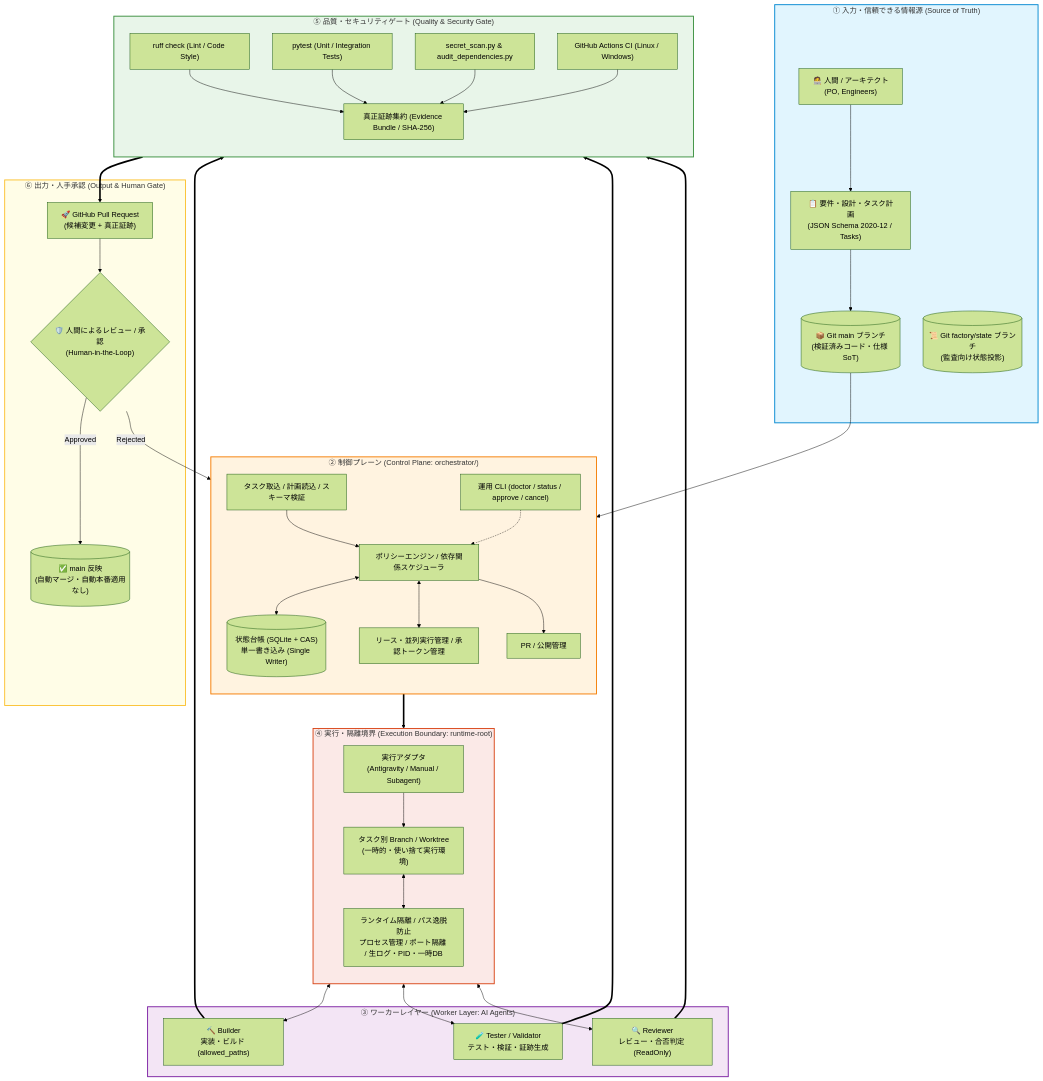
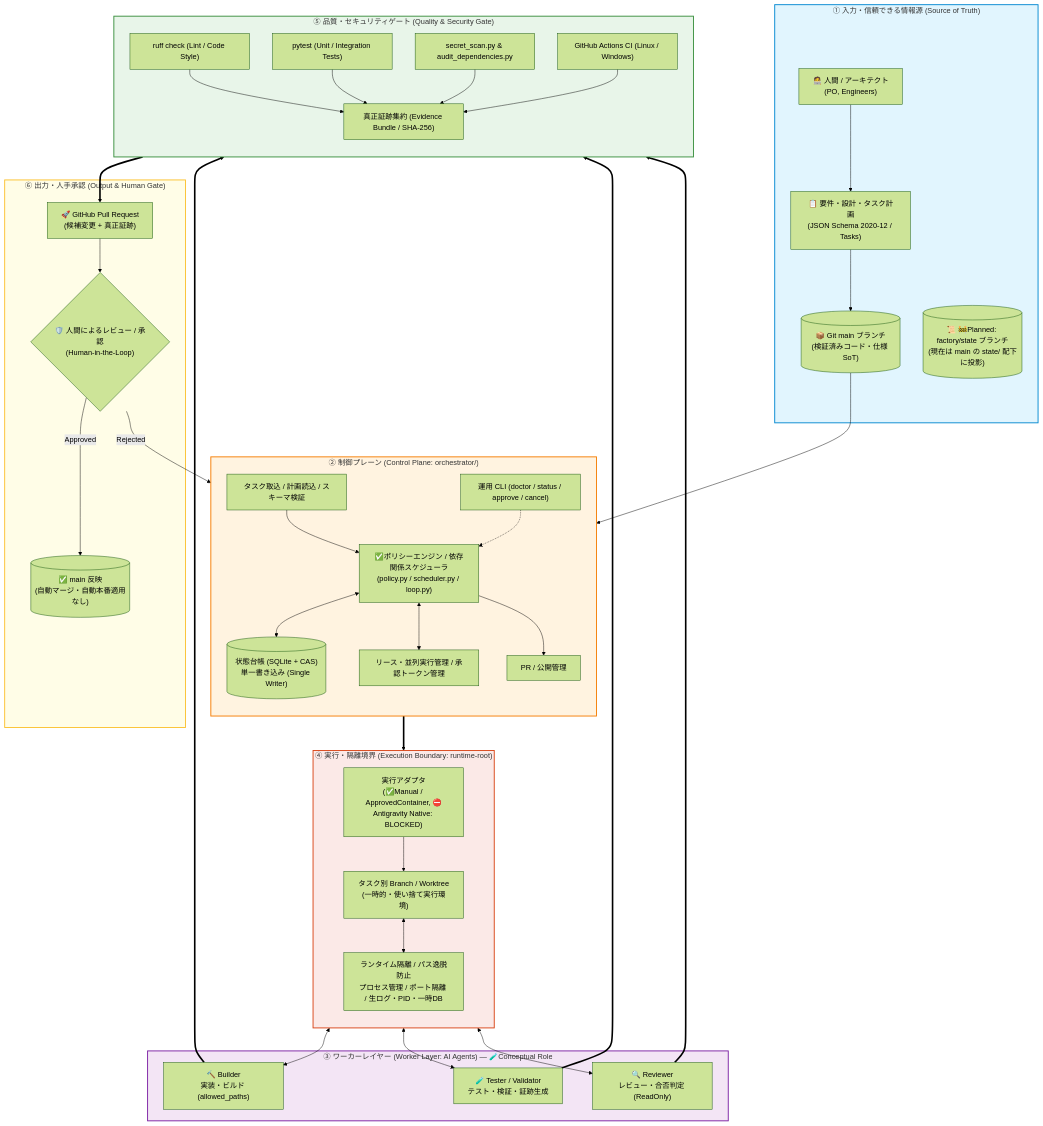
The first of 3 diagrams in ARCHITECTURE.md (moruku36/ai-engineering-factory), drawn with Mermaid (forest theme) before and after one commit. The commit also changed other lines of this file and 21 other files, not shown here.

First line of the commit message:
docs: sync README/OPERATIONS/PROJECT_STATE/ARCHITECTURE with current implementation (#20)

````diff
--- a/ARCHITECTURE.md
+++ b/ARCHITECTURE.md
@@ -15,78 +32,78 @@
 ```mermaid
 flowchart TB
     subgraph Layer1["① 入力・信頼できる情報源 (Source of Truth)"]
         Human["🧑‍💻 人間 / アーキテクト\n(PO, Engineers)"]
         Spec["📋 要件・設計・タスク計画\n(JSON Schema 2020-12 / Tasks)"]
         MainRepo[("📦 Git main ブランチ\n(検証済みコード・仕様 SoT)")]
-        StateRepo[("📜 Git factory/state ブランチ\n(監査向け状態投影)")]
+        StateRepo[("📜 🚧Planned: factory/state ブランチ\n(現在は main の state/ 配下に投影)")]
         Human --> Spec --> MainRepo
     end
 
     subgraph Layer2["② 制御プレーン (Control Plane: orchestrator/)"]
         direction TB
         Ingest["タスク取込 / 計画読込 / スキーマ検証"]
-        Engine["ポリシーエンジン / 依存関係スケジューラ"]
+        Engine["✅ポリシーエンジン / 依存関係スケジューラ\n(policy.py / scheduler.py / loop.py)"]
         Lease["リース・並列実行管理 / 承認トークン管理"]
         Ledger[("状態台帳 (SQLite + CAS)\n単一書き込み (Single Writer)")]
         PRMgr["PR / 公開管理"]
         CLI["運用 CLI (doctor / status / approve / cancel)"]
         
         Ingest --> Engine <--> Ledger
         Engine <--> Lease
         Engine --> PRMgr
         CLI -.-> Engine
     end
 
     subgraph Layer4["④ 実行・隔離境界 (Execution Boundary: runtime-root)"]
         direction TB
         Worktree["タスク別 Branch / Worktree\n(一時的・使い捨て実行環境)"]
-        Adapters["実行アダプタ\n(Antigravity / Manual / Subagent)"]
+        Adapters["実行アダプタ\n(✅Manual / ApprovedContainer, ⛔Antigravity Native: BLOCKED)"]
         Isolation["ランタイム隔離 / パス逸脱防止\nプロセス管理 / ポート隔離 / 生ログ・PID・一時DB"]
         Adapters --> Worktree <--> Isolation
     end
 
-    subgraph Layer3["③ ワーカーレイヤー (Worker Layer: AI Agents)"]
+    subgraph Layer3["③ ワーカーレイヤー (Worker Layer: AI Agents) — 🧪Conceptual Role"]
         Builder["🔨 Builder\n実装・ビルド (allowed_paths)"]
         Tester["🧪 Tester / Validator\nテスト・検証・証跡生成"]
         Reviewer["🔍 Reviewer\nレビュー・合否判定 (ReadOnly)"]
     end
 
     subgraph Layer5["⑤ 品質・セキュリティゲート (Quality & Security Gate)"]
         direction TB
         Ruff["ruff check (Lint / Code Style)"]
         Pytest["pytest (Unit / Integration Tests)"]
         Sec["secret_scan.py & audit_dependencies.py"]
         CI["GitHub Actions CI (Linux / Windows)"]
         EvidenceGen["真正証跡集約 (Evidence Bundle / SHA-256)"]
         Ruff & Pytest & Sec & CI --> EvidenceGen
     end
 
     subgraph Layer6["⑥ 出力・人手承認 (Output & Human Gate)"]
         PR["🚀 GitHub Pull Request\n(候補変更 + 真正証跡)"]
         HumanGate{"🛡️ 人間によるレビュー / 承認\n(Human-in-the-Loop)"}
         MergedMain[("✅ main 反映\n(自動マージ・自動本番適用なし)")]
         PR --> HumanGate
         HumanGate -- "Approved" --> MergedMain
         HumanGate -- "Rejected" --> Ingest
     end
 
     MainRepo --> Ingest
     Engine ==> Adapters
     Worktree <--> Builder & Tester & Reviewer
     Builder & Tester & Reviewer ==> Layer5
     EvidenceGen ==> PR
 
     classDef sot fill:#e1f5fe,stroke:#0288d1,stroke-width:2px;
     classDef cp fill:#fff3e0,stroke:#f57c00,stroke-width:2px;
     classDef worker fill:#f3e5f5,stroke:#7b1fa2,stroke-width:2px;
     classDef boundary fill:#fbe9e7,stroke:#d84315,stroke-width:2px;
     classDef gate fill:#e8f5e9,stroke:#388e3c,stroke-width:2px;
     classDef human fill:#fffde7,stroke:#fbc02d,stroke-width:2px;
 
     class Layer1 sot;
     class Layer2 cp;
     class Layer3 worker;
     class Layer4 boundary;
     class Layer5 gate;
     class Layer6 human;
 ```
````
